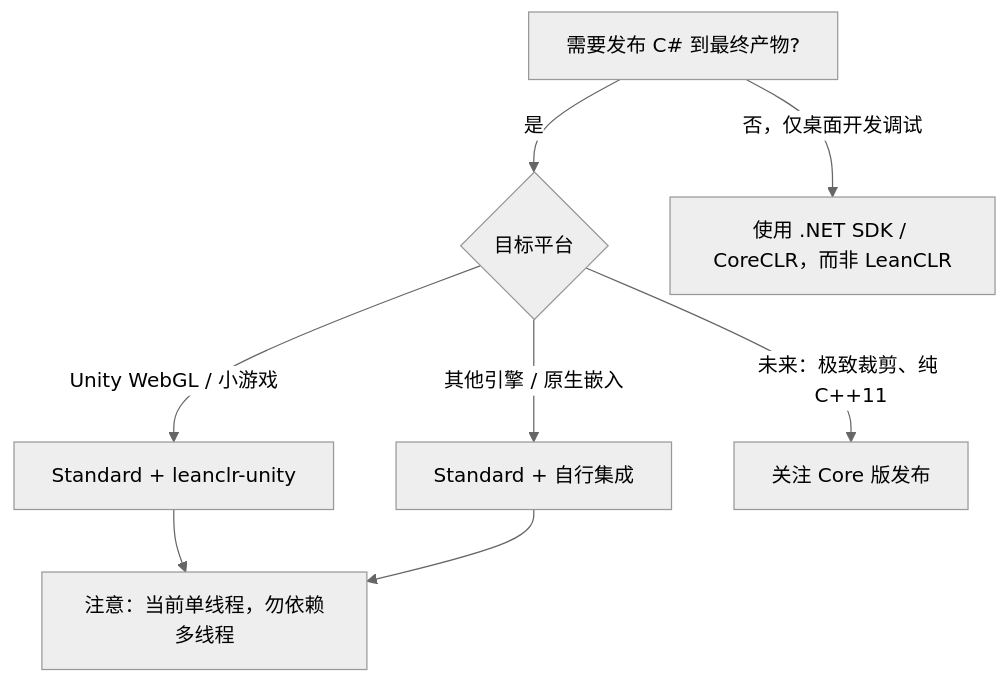
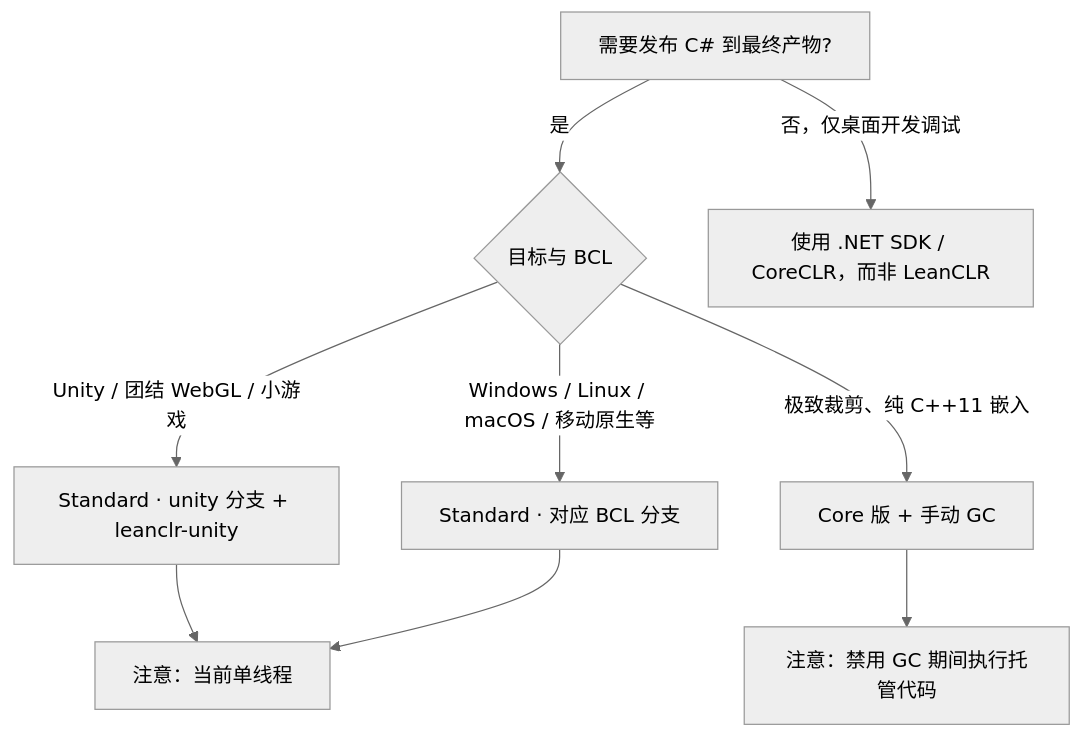
The diagram in docs/intro/editions.md (focus-creative-games/leanclr-doc), drawn with Mermaid (neutral theme) before and after one commit. The commit also changed other lines of this file and 10 other files, not shown here.

````diff
--- a/docs/intro/editions.md
+++ b/docs/intro/editions.md
@@ -38,10 +79,11 @@
 ```mermaid
 flowchart TD
-    A[需要发布 C# 到最终产物?] -->|是| B{目标平台}
+    A[需要发布 C# 到最终产物?] -->|是| B{目标与 BCL}
     A -->|否，仅桌面开发调试| Z[使用 .NET SDK / CoreCLR，而非 LeanCLR]
-    B -->|Unity WebGL / 小游戏| C[Standard + leanclr-unity]
-    B -->|其他引擎 / 原生嵌入| D[Standard + 自行集成]
-    B -->|未来：极致裁剪、纯 C++11| E[关注 Core 版发布]
-    C --> F[注意：当前单线程，勿依赖多线程]
+    B -->|Unity / 团结 WebGL / 小游戏| C[Standard · unity 分支 + leanclr-unity]
+    B -->|Windows / Linux / macOS / 移动原生等| D[Standard · 对应 BCL 分支]
+    B -->|极致裁剪、纯 C++11 嵌入| E[Core 版 + 手动 GC]
+    C --> F[注意：当前单线程]
     D --> F
+    E --> G[注意：禁用 GC 期间执行托管代码]
 ```
````
